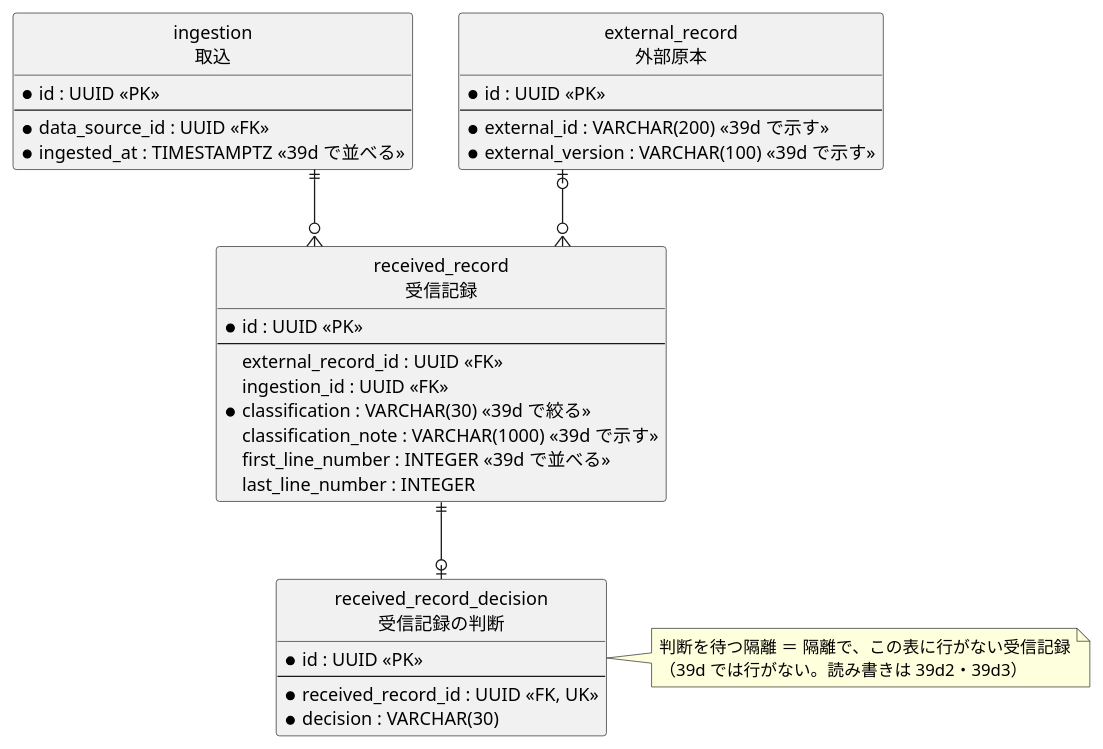
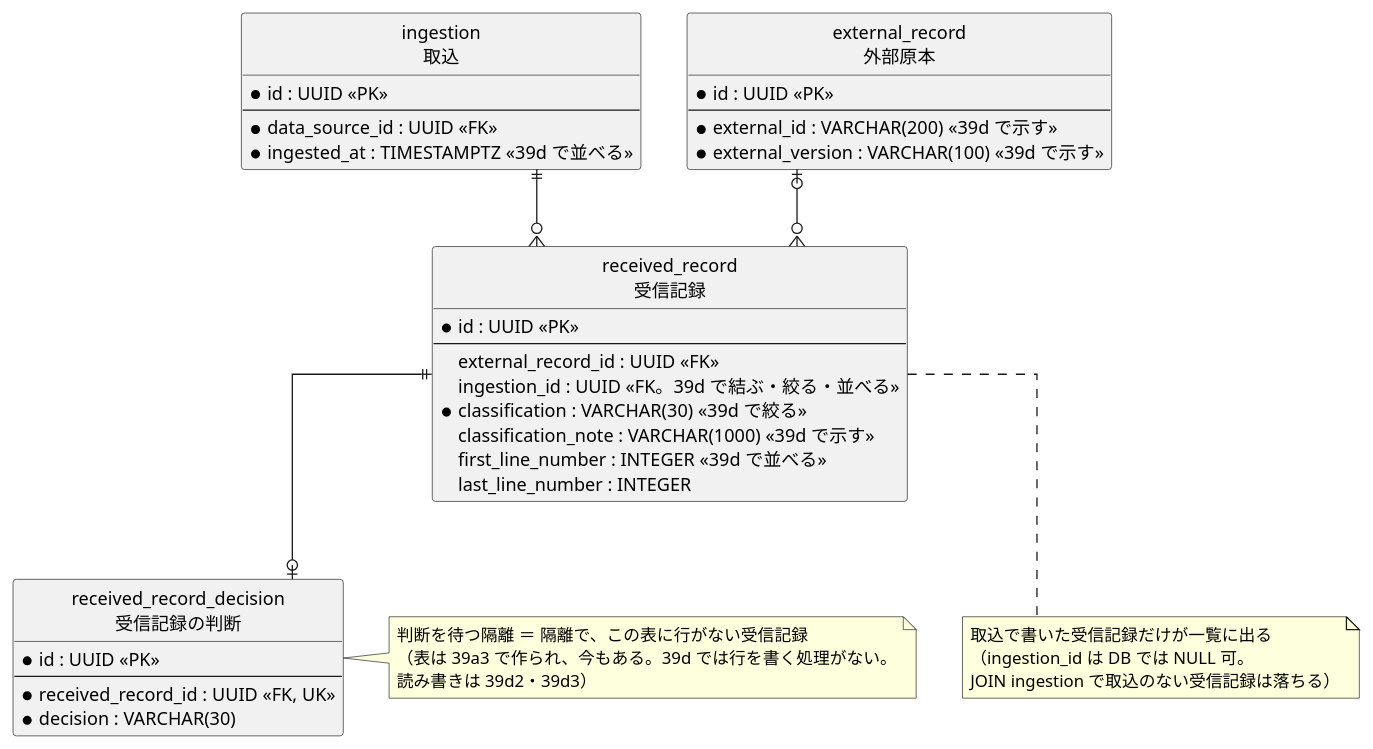
Before and after one commit to k2works/practical-domain-driven-design-in-enterpris-application: the fifth of 5 diagrams in docs/development/cargo-tracker/bolt_39d_plan.md, drawn with PlantUML. The commit also changed other lines of this file and 3 other files, not shown here.

````diff
--- a/docs/development/cargo-tracker/bolt_39d_plan.md
+++ b/docs/development/cargo-tracker/bolt_39d_plan.md
@@ -331,41 +349,47 @@
 ```plantuml
 @startuml
 hide circle
 skinparam linetype ortho
 entity "ingestion\n取込" as ing {
   * id : UUID <<PK>>
   --
   * data_source_id : UUID <<FK>>
   * ingested_at : TIMESTAMPTZ <<39d で並べる>>
 }
 entity "received_record\n受信記録" as rc {
   * id : UUID <<PK>>
   --
   external_record_id : UUID <<FK>>
-  ingestion_id : UUID <<FK>>
+  ingestion_id : UUID <<FK。39d で結ぶ・絞る・並べる>>
   * classification : VARCHAR(30) <<39d で絞る>>
   classification_note : VARCHAR(1000) <<39d で示す>>
   first_line_number : INTEGER <<39d で並べる>>
   last_line_number : INTEGER
 }
 entity "external_record\n外部原本" as er {
   * id : UUID <<PK>>
   --
   * external_id : VARCHAR(200) <<39d で示す>>
   * external_version : VARCHAR(100) <<39d で示す>>
 }
 entity "received_record_decision\n受信記録の判断" as rcd {
   * id : UUID <<PK>>
   --
   * received_record_id : UUID <<FK, UK>>
   * decision : VARCHAR(30)
 }
 ing ||--o{ rc
 er |o--o{ rc
 rc ||--o| rcd
 note right of rcd
   判断を待つ隔離 ＝ 隔離で、この表に行がない受信記録
-  （39d では行がない。読み書きは 39d2・39d3）
+  （表は 39a3 で作られ、今もある。39d では行を書く処理がない。
+  読み書きは 39d2・39d3）
+end note
+note bottom of rc
+  取込で書いた受信記録だけが一覧に出る
+  （ingestion_id は DB では NULL 可。
+  JOIN ingestion で取込のない受信記録は落ちる）
 end note
 @enduml
 ```
````
